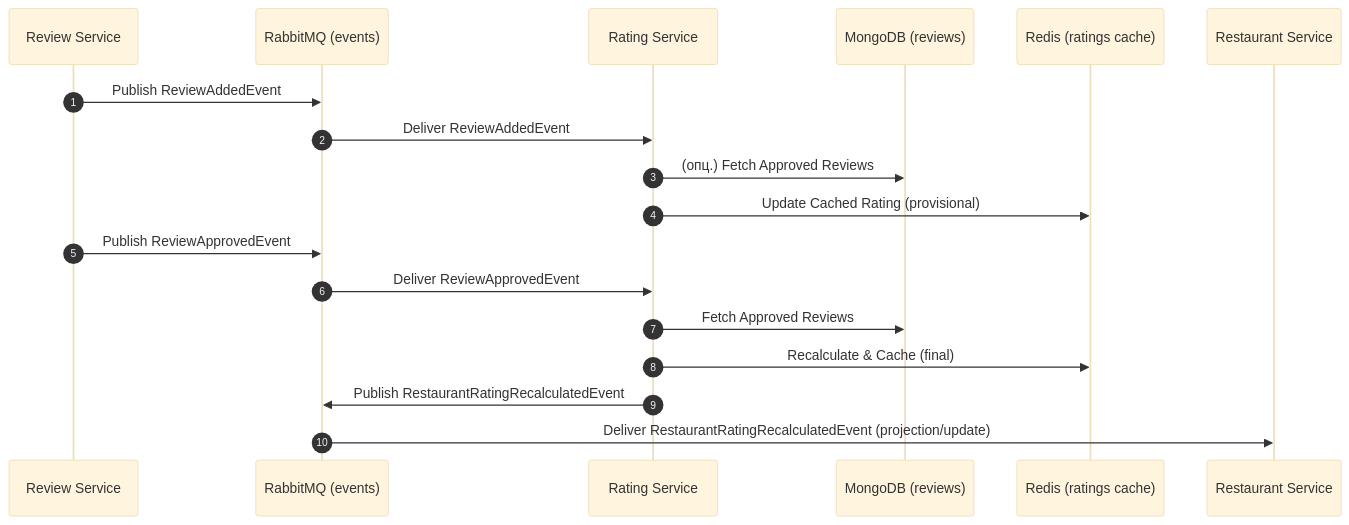
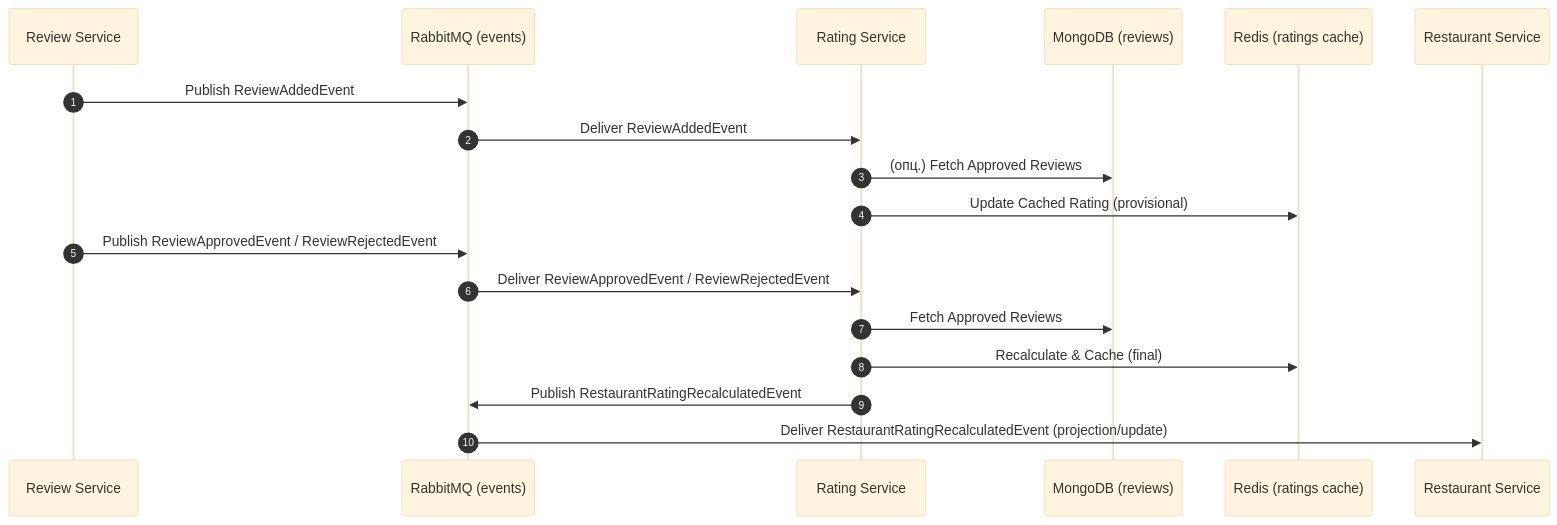
Before and after one commit to bagermoon/otuscode: the second of 2 diagrams in docs/services/RatingService.md, drawn with Mermaid (base theme). The commit also changed other lines of this file and 2 other files, not shown here.

Commit message:
feat(review): add ReviewRejectedEvent to integration events

````diff
--- a/docs/services/RatingService.md
+++ b/docs/services/RatingService.md
@@ -126,22 +126,22 @@
 ```mermaid
 sequenceDiagram
     autonumber
     participant RV as Review Service
     participant MQ as RabbitMQ (events)
     participant RT as Rating Service
     participant DBR as MongoDB (reviews)
     participant RD as Redis (ratings cache)
     participant RS as Restaurant Service
 
     RV->>MQ: Publish ReviewAddedEvent
     MQ->>RT: Deliver ReviewAddedEvent
     RT->>DBR: (опц.) Fetch Approved Reviews
     RT->>RD: Update Cached Rating (provisional)
 
-    RV->>MQ: Publish ReviewApprovedEvent
-    MQ->>RT: Deliver ReviewApprovedEvent
+    RV->>MQ: Publish ReviewApprovedEvent / ReviewRejectedEvent
+    MQ->>RT: Deliver ReviewApprovedEvent / ReviewRejectedEvent
     RT->>DBR: Fetch Approved Reviews
     RT->>RD: Recalculate & Cache (final)
     RT->>MQ: Publish RestaurantRatingRecalculatedEvent
     MQ->>RS: Deliver RestaurantRatingRecalculatedEvent (projection/update)
 ```
````
